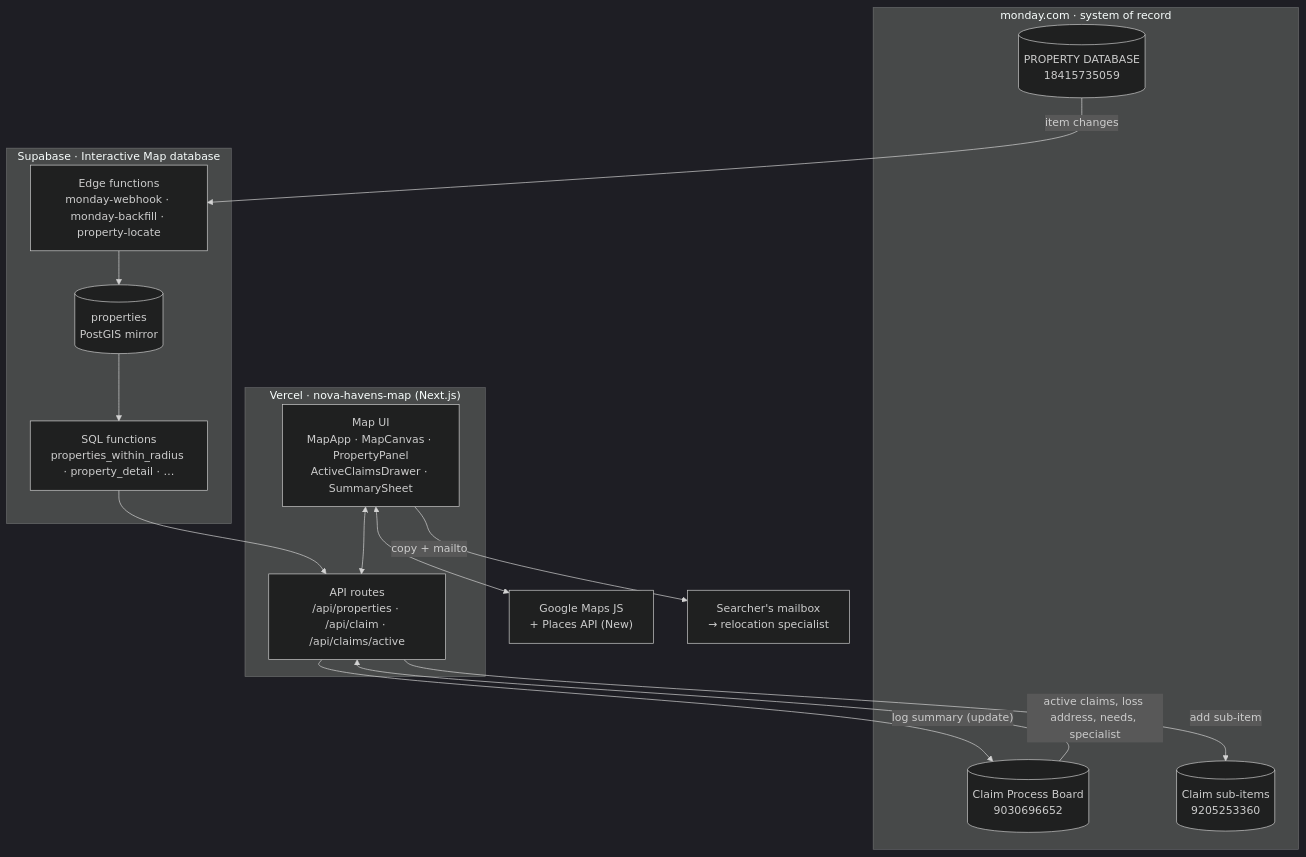
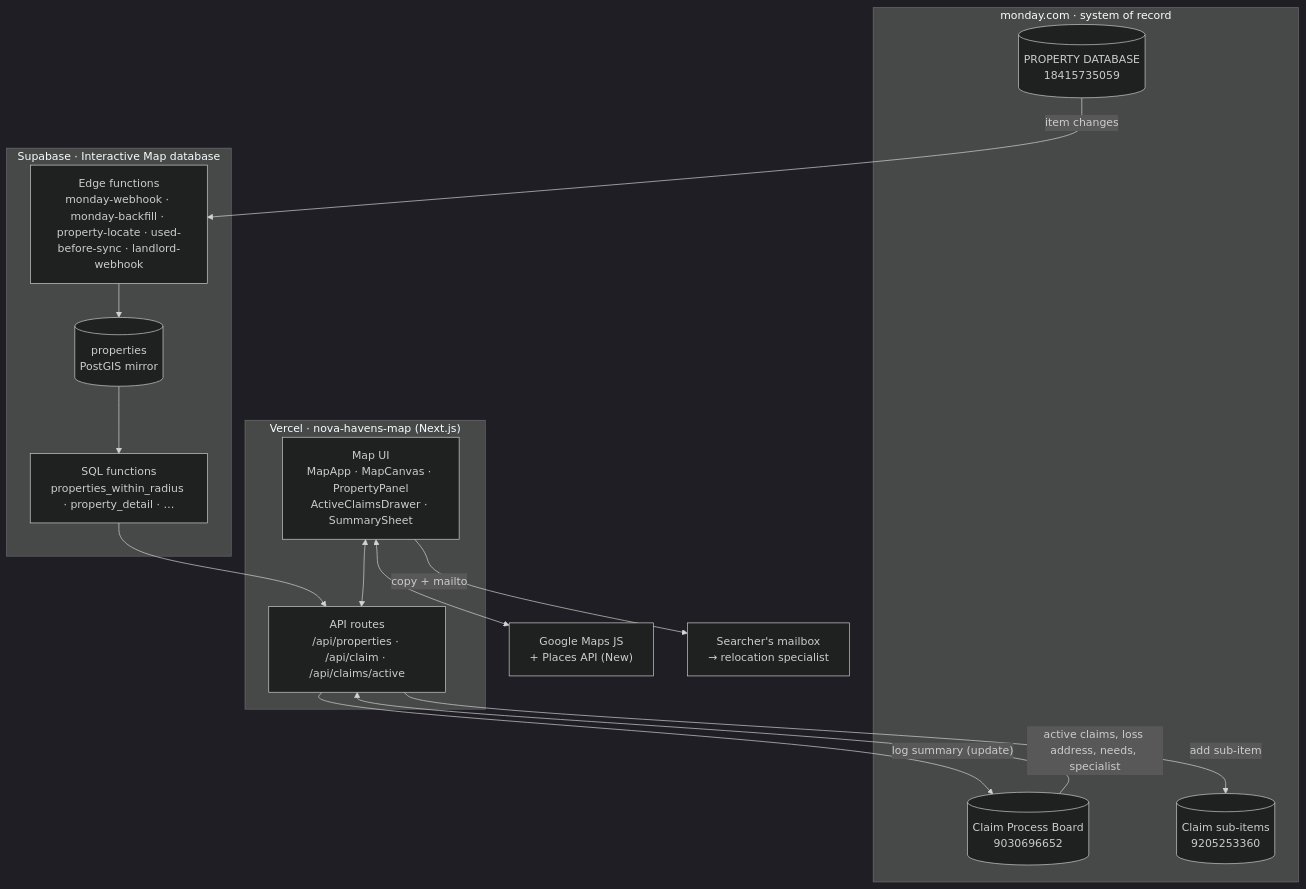
One commit to Novahavens/Interactive-map changed the first of 2 diagrams in README.md. Above: the diagram before and after it, drawn with Mermaid (dark theme). The commit also changed other lines of this file and 23 other files, not shown here.

````diff
--- a/README.md
+++ b/README.md
@@ -144,31 +157,31 @@
 ```mermaid
 flowchart TB
   subgraph monday["monday.com · system of record"]
     PB[("PROPERTY DATABASE<br/>18415735059")]
     CB[("Claim Process Board<br/>9030696652")]
     SB[("Claim sub-items<br/>9205253360")]
   end
 
   subgraph supa["Supabase · Interactive Map database"]
-    EF["Edge functions<br/>monday-webhook · monday-backfill · property-locate"]
+    EF["Edge functions<br/>monday-webhook · monday-backfill · property-locate · used-before-sync · landlord-webhook"]
     T[("properties<br/>PostGIS mirror")]
     RPC["SQL functions<br/>properties_within_radius · property_detail · …"]
   end
 
   subgraph vercel["Vercel · nova-havens-map (Next.js)"]
     UI["Map UI<br/>MapApp · MapCanvas · PropertyPanel<br/>ActiveClaimsDrawer · SummarySheet"]
     API["API routes<br/>/api/properties · /api/claim · /api/claims/active"]
   end
 
   G["Google Maps JS<br/>+ Places API (New)"]
   MAIL["Searcher's mailbox<br/>→ relocation specialist"]
 
   PB -- "item changes" --> EF --> T
   T --> RPC --> API
   CB -- "active claims, loss address, needs, specialist" --> API
   API -- "add sub-item" --> SB
   API -- "log summary (update)" --> CB
   UI <--> API
   UI <--> G
   UI -- "copy + mailto" --> MAIL
 ```
````
